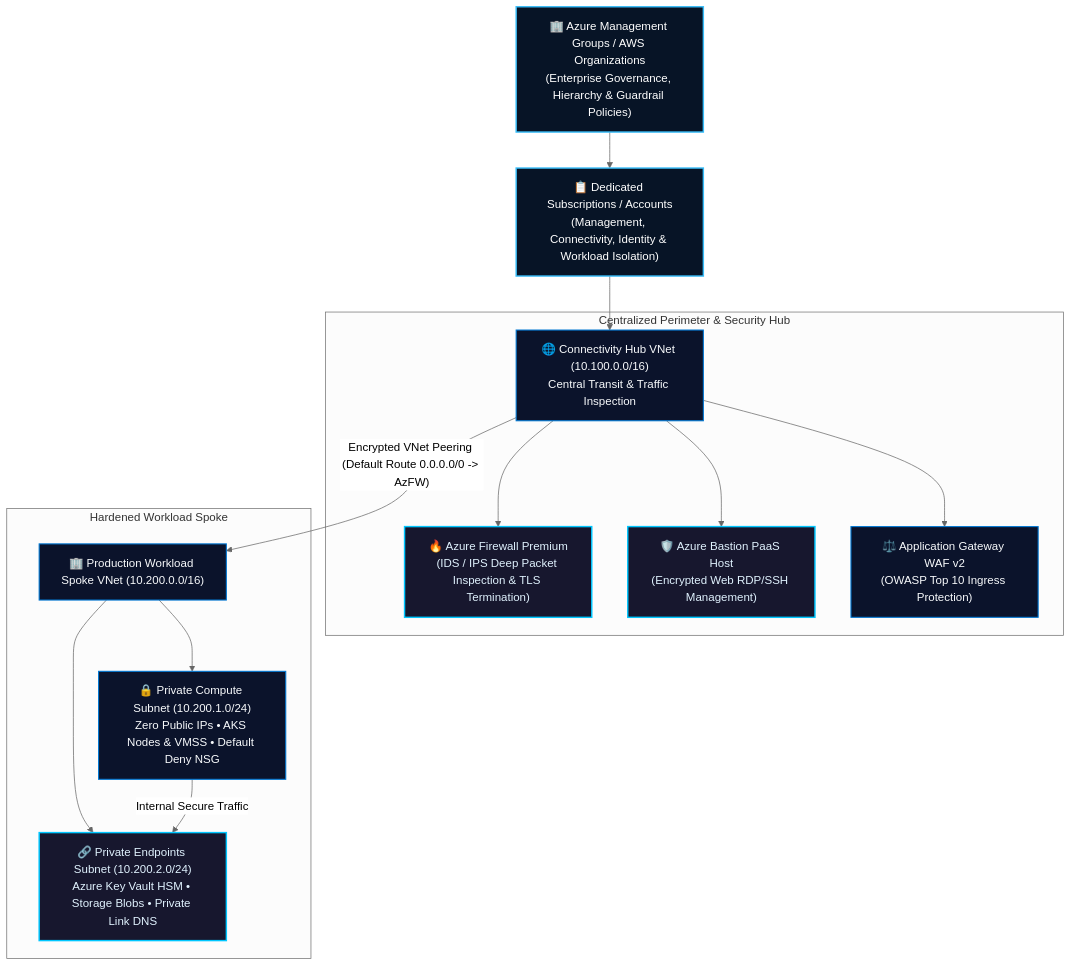
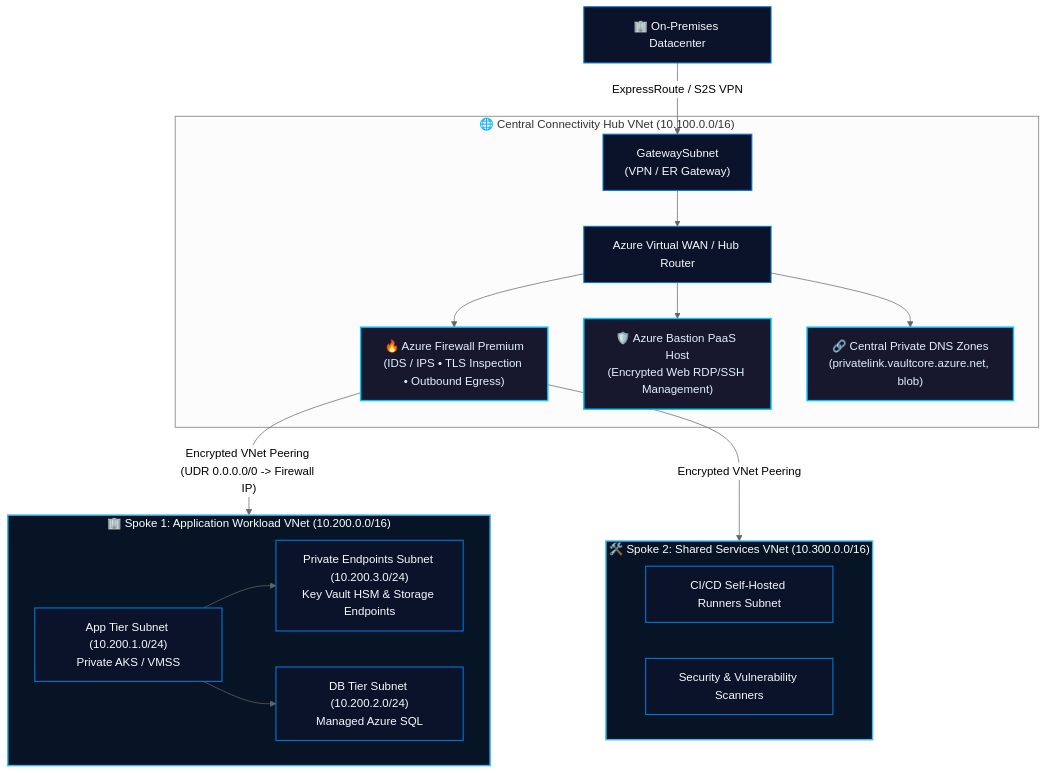
One commit to Dev-opsRahul/Dev-opsRahul changed the first of 3 diagrams in README.md. Above: the diagram before and after it, drawn with Mermaid (neutral theme). The commit also changed other lines of this file and 1 other file, not shown here.

````diff
--- a/README.md
+++ b/README.md
@@ -176,27 +198,33 @@
 ```mermaid
-flowchart TB
-    MG["🏢 Azure Management Groups / AWS Organizations\n(Enterprise Governance, Hierarchy & Guardrail Policies)"] --> SUB["📋 Dedicated Subscriptions / Accounts\n(Management, Connectivity, Identity & Workload Isolation)"]
-    
-    SUB --> HubVNet["🌐 Connectivity Hub VNet (10.100.0.0/16)\nCentral Transit & Traffic Inspection"]
-    
-    subgraph Hub ["Centralized Perimeter & Security Hub"]
-        HubVNet --> AzFW["🔥 Azure Firewall Premium\n(IDS / IPS Deep Packet Inspection & TLS Termination)"]
-        HubVNet --> Bastion["🛡️ Azure Bastion PaaS Host\n(Encrypted Web RDP/SSH Management)"]
-        HubVNet --> AppGW["⚖️ Application Gateway WAF v2\n(OWASP Top 10 Ingress Protection)"]
+flowchart TD
+    OnPrem["🏢 On-Premises Datacenter"] -->|"ExpressRoute / S2S VPN"| GW["GatewaySubnet\n(VPN / ER Gateway)"]
+
+    subgraph Hub ["🌐 Central Connectivity Hub VNet (10.100.0.0/16)"]
+        GW --> HubRouter["Azure Virtual WAN / Hub Router"]
+        HubRouter --> AzFW["🔥 Azure Firewall Premium\n(IDS / IPS • TLS Inspection • Outbound Egress)"]
+        HubRouter --> Bastion["🛡️ Azure Bastion PaaS Host\n(Encrypted Web RDP/SSH Management)"]
+        HubRouter --> DNS["🔗 Central Private DNS Zones\n(privatelink.vaultcore.azure.net, blob)"]
     end
 
-    HubVNet -->|"Encrypted VNet Peering (Default Route 0.0.0.0/0 -> AzFW)"| SpokeVNet["🏢 Production Workload Spoke VNet (10.200.0.0/16)"]
+    AzFW -->|"Encrypted VNet Peering (UDR 0.0.0.0/0 -> Firewall IP)"| Spoke1
+    AzFW -->|"Encrypted VNet Peering"| Spoke2
 
-    subgraph Spoke ["Hardened Workload Spoke"]
-        SpokeVNet --> Compute["🔒 Private Compute Subnet (10.200.1.0/24)\nZero Public IPs • AKS Nodes & VMSS • Default Deny NSG"]
-        SpokeVNet --> PrivLink["🔗 Private Endpoints Subnet (10.200.2.0/24)\nAzure Key Vault HSM • Storage Blobs • Private Link DNS"]
+    subgraph Spoke1 ["🏢 Spoke 1: Application Workload VNet (10.200.0.0/16)"]
+        AppSubnet["App Tier Subnet (10.200.1.0/24)\nPrivate AKS / VMSS"]
+        DBSubnet["DB Tier Subnet (10.200.2.0/24)\nManaged Azure SQL"]
+        PESubnet["Private Endpoints Subnet (10.200.3.0/24)\nKey Vault HSM & Storage Endpoints"]
+        AppSubnet --> PESubnet
+        AppSubnet --> DBSubnet
     end
 
-    Compute -->|"Internal Secure Traffic"| PrivLink
+    subgraph Spoke2 ["🛠️ Spoke 2: Shared Services VNet (10.300.0.0/16)"]
+        RunnerSubnet["CI/CD Self-Hosted Runners Subnet"]
+        SecSubnet["Security & Vulnerability Scanners"]
+    end
 
     classDef default fill:#0B132B,stroke:#0078D4,stroke-width:1.5px,color:#F8FAFC;
-    classDef top fill:#071426,stroke:#38BDF8,stroke-width:2px,color:#FFFFFF;
     classDef security fill:#17172E,stroke:#00C7FF,stroke-width:2px,color:#E0F2FE;
-    class MG,SUB top;
-    class AzFW,Bastion,PrivLink security;
+    classDef spoke fill:#071426,stroke:#38BDF8,stroke-width:2px,color:#FFFFFF;
+    class AzFW,Bastion,DNS security;
+    class Spoke1,Spoke2 spoke;
 ```
````
